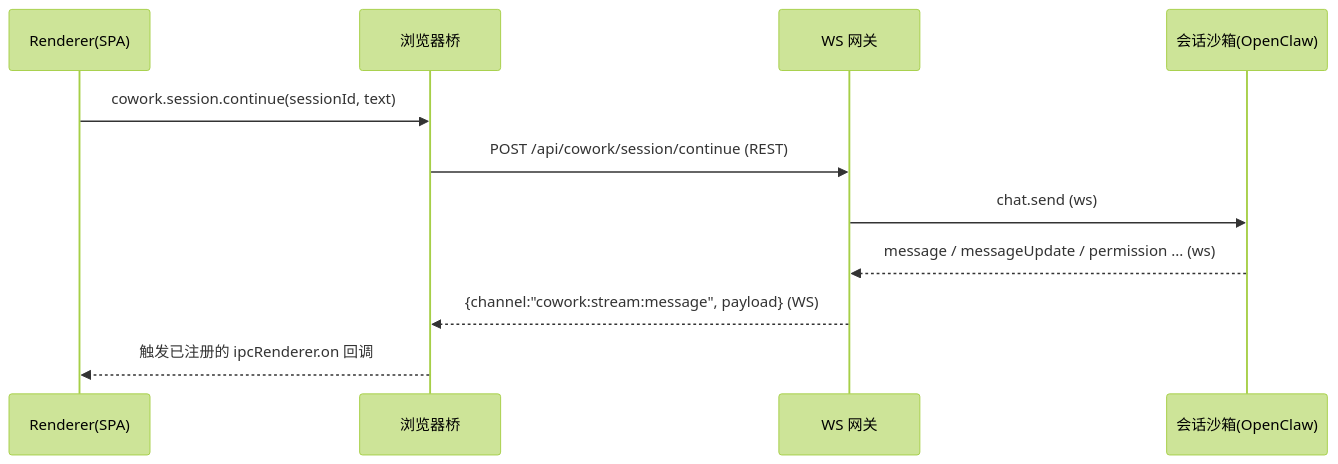
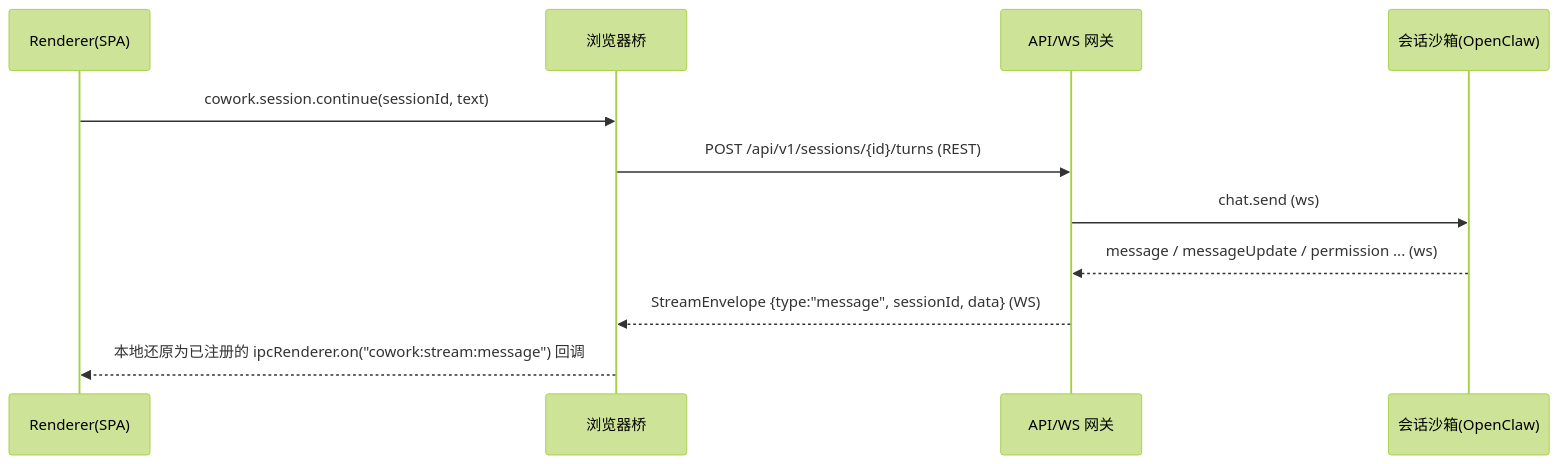
One commit to edward-ng-duke/LobsterAI changed the second of 3 diagrams in 改造计划/01-现状架构调研.md. Above: the diagram before and after it, drawn with Mermaid (forest theme). The commit also changed other lines of this file and 27 other files, not shown here.

````diff
--- a/改造计划/01-现状架构调研.md
+++ b/改造计划/01-现状架构调研.md
@@ -205,13 +205,13 @@
 ```mermaid
 sequenceDiagram
   participant R as Renderer(SPA)
   participant B as 浏览器桥
-  participant WS as WS 网关
+  participant G as API/WS 网关
   participant OC as 会话沙箱(OpenClaw)
   R->>B: cowork.session.continue(sessionId, text)
-  B->>WS: POST /api/cowork/session/continue  (REST)
-  WS->>OC: chat.send (ws)
-  OC-->>WS: message / messageUpdate / permission ... (ws)
-  WS-->>B: {channel:"cowork:stream:message", payload} (WS)
-  B-->>R: 触发已注册的 ipcRenderer.on 回调
+  B->>G: POST /api/v1/sessions/{id}/turns  (REST)
+  G->>OC: chat.send (ws)
+  OC-->>G: message / messageUpdate / permission ... (ws)
+  G-->>B: StreamEnvelope {type:"message", sessionId, data} (WS)
+  B-->>R: 本地还原为已注册的 ipcRenderer.on("cowork:stream:message") 回调
 ```
````
